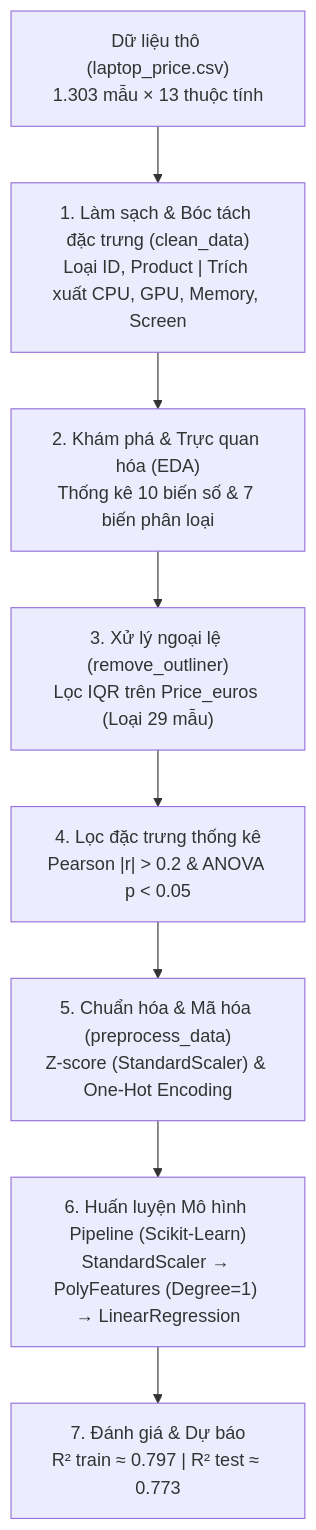
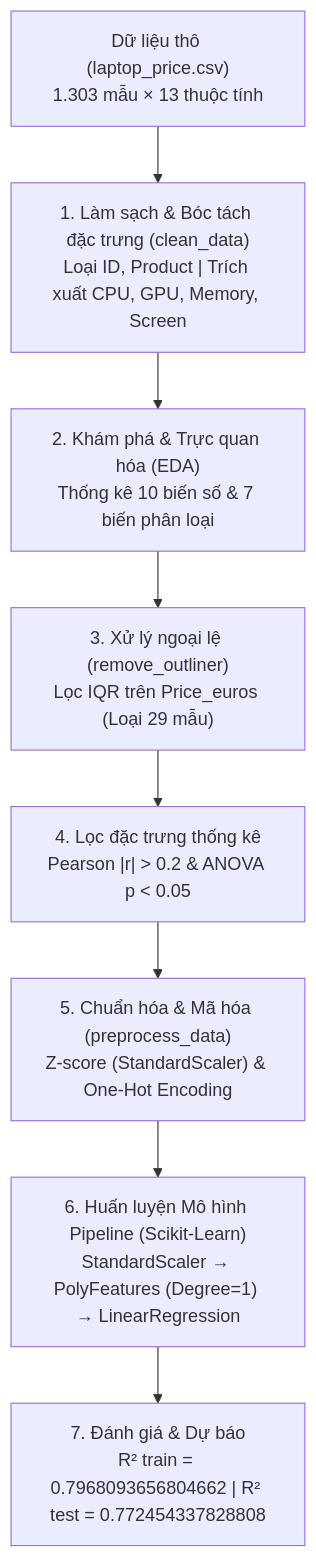
One commit to vanthom04/ie313-laptop-price-prediction changed the diagram in README.md. Above: the diagram before and after it, drawn with Mermaid. The commit also changed other lines of this file and 20 other files, not shown here.

````diff
--- a/README.md
+++ b/README.md
@@ -130,10 +130,10 @@
 ```mermaid
 flowchart TD
     A["Dữ liệu thô (laptop_price.csv)<br>1.303 mẫu × 13 thuộc tính"] --> B["1. Làm sạch & Bóc tách đặc trưng (clean_data)<br>Loại ID, Product | Trích xuất CPU, GPU, Memory, Screen"]
     B --> C["2. Khám phá & Trực quan hóa (EDA)<br>Thống kê 10 biến số & 7 biến phân loại"]
     C --> D["3. Xử lý ngoại lệ (remove_outliner)<br>Lọc IQR trên Price_euros (Loại 29 mẫu)"]
     D --> E["4. Lọc đặc trưng thống kê<br>Pearson |r| > 0.2 & ANOVA p < 0.05"]
     E --> F["5. Chuẩn hóa & Mã hóa (preprocess_data)<br>Z-score (StandardScaler) & One-Hot Encoding"]
     F --> G["6. Huấn luyện Mô hình Pipeline (Scikit-Learn)<br>StandardScaler → PolyFeatures (Degree=1) → LinearRegression"]
-    G --> H["7. Đánh giá & Dự báo<br>R² train ≈ 0.797 | R² test ≈ 0.773"]
+    G --> H["7. Đánh giá & Dự báo<br>R² train = 0.7968093656804662 | R² test = 0.772454337828808"]
 ```
````
